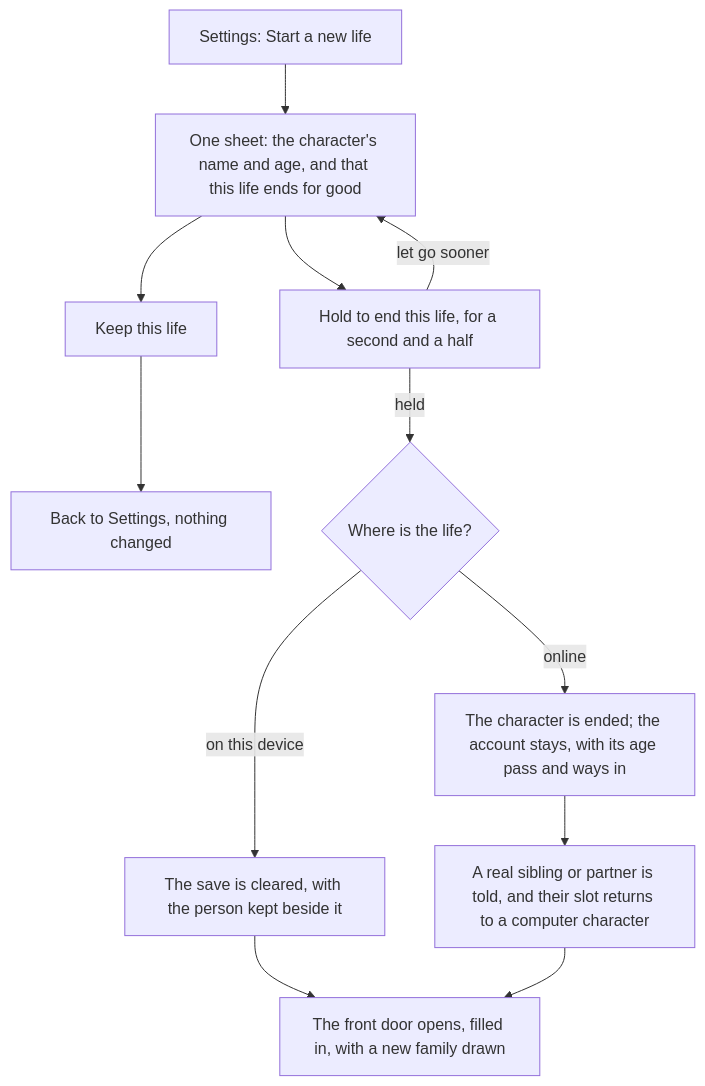
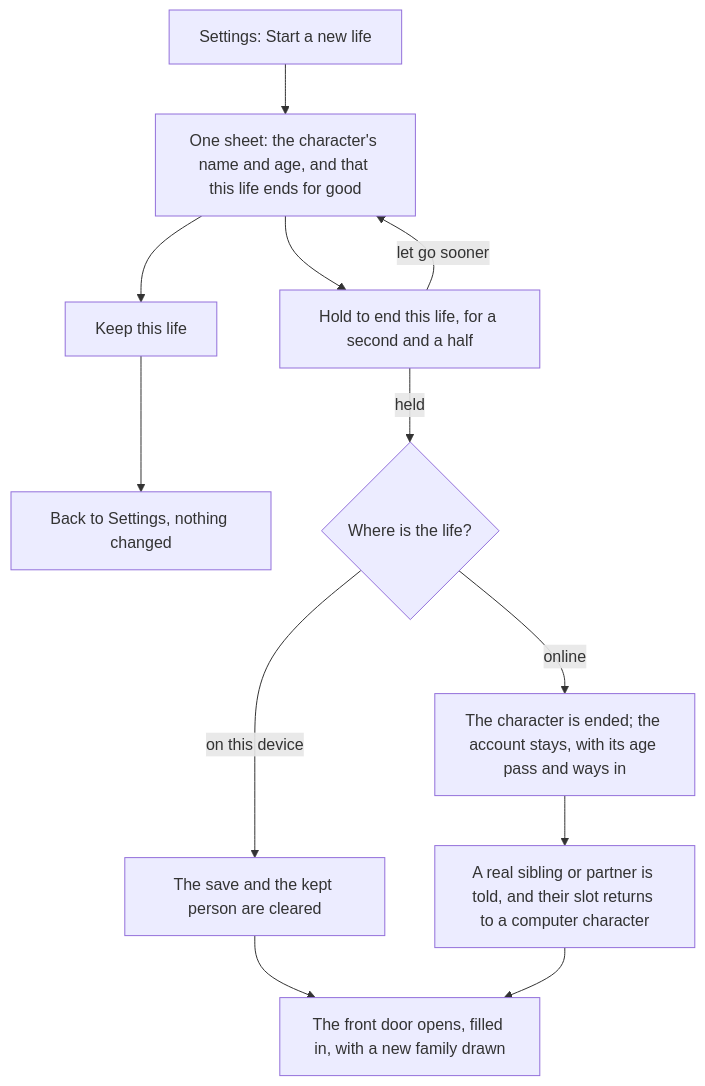
The diagram in docs/site/plays/settings.md (buildlab-studio/japacity), drawn with Mermaid before and after one commit. The commit also changed other lines of this file and 122 other files, not shown here.

````diff
--- a/docs/site/plays/settings.md
+++ b/docs/site/plays/settings.md
@@ -47,14 +72,14 @@
 ```mermaid
 flowchart TD
   ROW["Settings: Start a new life"] --> SHEET["One sheet: the character's name and age, and that this life ends for good"]
   SHEET --> KEEP["Keep this life"]
   KEEP --> BACK["Back to Settings, nothing changed"]
   SHEET --> HOLD["Hold to end this life, for a second and a half"]
   HOLD -- "let go sooner" --> SHEET
   HOLD -- "held" --> END{"Where is the life?"}
-  END -- "on this device" --> LOCAL["The save is cleared, with the person kept beside it"]
+  END -- "on this device" --> LOCAL["The save and the kept person are cleared"]
   END -- "online" --> ONLINE["The character is ended; the account stays, with its age pass and ways in"]
   ONLINE --> TOLD["A real sibling or partner is told, and their slot returns to a computer character"]
   LOCAL --> DOOR["The front door opens, filled in, with a new family drawn"]
   TOLD --> DOOR
 ```
````
